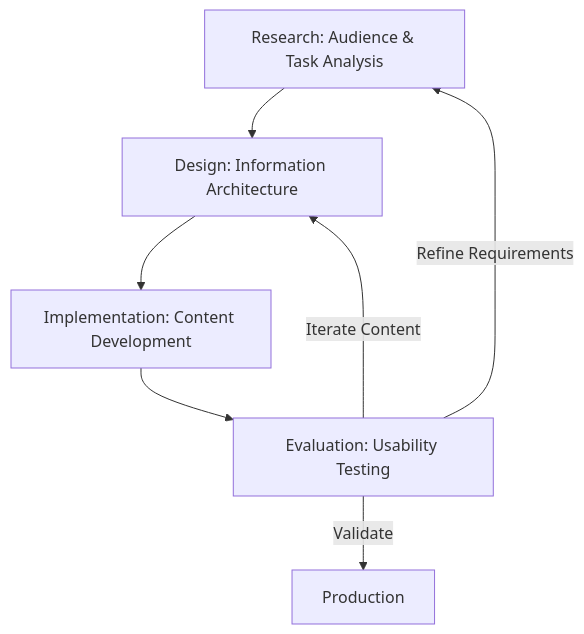
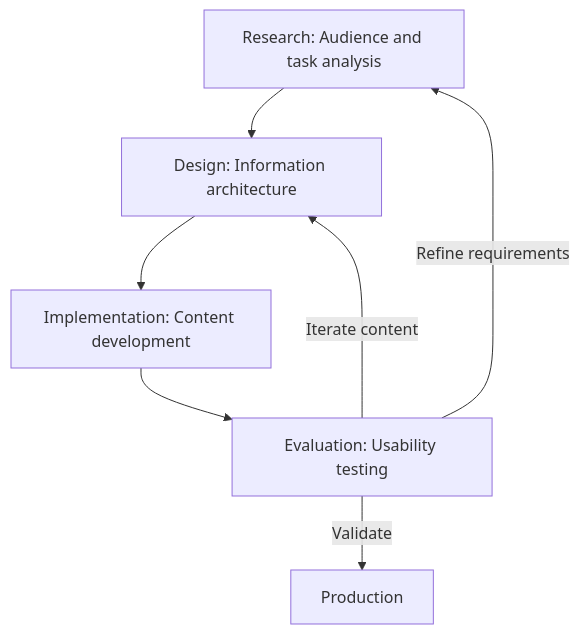
One commit to vaishvanara/techwritingkb changed the diagram in docs/industry-terms/user-centered-design.md. Above: the diagram before and after it, drawn with Mermaid. The commit also changed other lines of this file and 51 other files, not shown here.

````diff
--- a/docs/industry-terms/user-centered-design.md
+++ b/docs/industry-terms/user-centered-design.md
@@ -44,9 +44,9 @@
 ```mermaid
 graph TD
-    A[Research: Audience & Task Analysis] --> B[Design: Information Architecture]
-    B --> C[Implementation: Content Development]
-    C --> D[Evaluation: Usability Testing]
-    D -->|Refine Requirements| A
-    D -->|Iterate Content| B
+    A[Research: Audience and task analysis] --> B[Design: Information architecture]
+    B --> C[Implementation: Content development]
+    C --> D[Evaluation: Usability testing]
+    D -->|Refine requirements| A
+    D -->|Iterate content| B
     D -->|Validate| E[Production]
 ```
````
